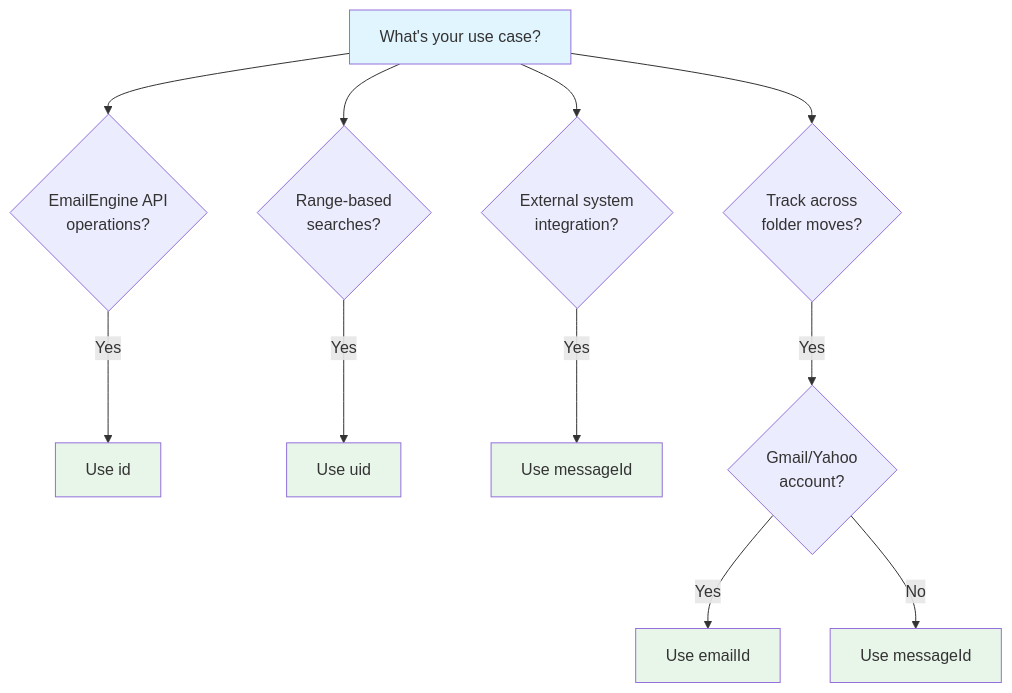
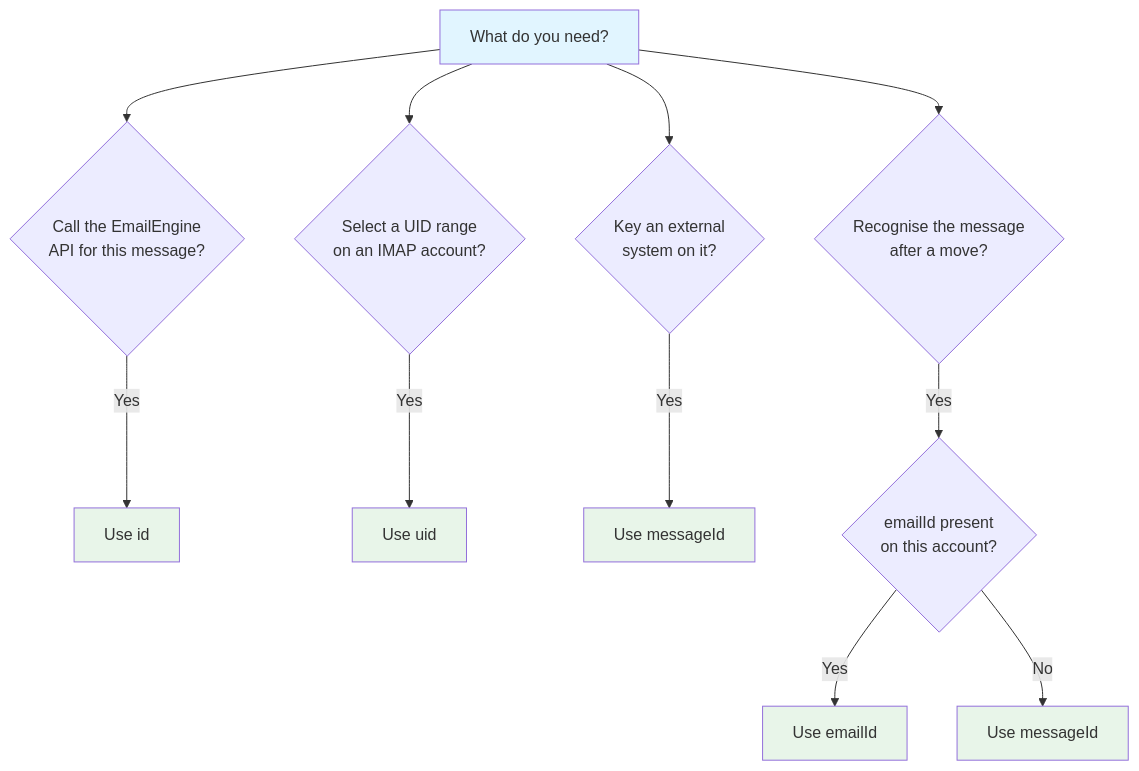
One commit to postalsys/learn.emailengine.app changed the diagram in docs/advanced/ids-explained.md. Above: the diagram before and after it, drawn with Mermaid. The commit also changed other lines of this file and 38 other files, not shown here.

First line of the commit message:
docs: correct the message, sending and operations references

````diff
--- a/docs/advanced/ids-explained.md
+++ b/docs/advanced/ids-explained.md
@@ -404,23 +263,23 @@
 ```mermaid
 graph TD
-    Start[What's your use case?]
-    Start --> API{EmailEngine API<br/>operations?}
-    Start --> Range{Range-based<br/>searches?}
-    Start --> Track{Track across<br/>folder moves?}
-    Start --> External{External system<br/>integration?}
+    Start[What do you need?]
+    Start --> API{Call the EmailEngine<br/>API for this message?}
+    Start --> Range{Select a UID range<br/>on an IMAP account?}
+    Start --> Track{Recognise the message<br/>after a move?}
+    Start --> External{Key an external<br/>system on it?}
 
     API -->|Yes| UseId[Use id]
     Range -->|Yes| UseUid[Use uid]
     External -->|Yes| UseMessageId1[Use messageId]
 
-    Track -->|Yes| Provider{Gmail/Yahoo<br/>account?}
+    Track -->|Yes| Provider{emailId present<br/>on this account?}
     Provider -->|Yes| UseEmailId[Use emailId]
     Provider -->|No| UseMessageId2[Use messageId]
 
     style Start fill:#e1f5ff
     style UseId fill:#e8f5e9
     style UseUid fill:#e8f5e9
     style UseEmailId fill:#e8f5e9
     style UseMessageId1 fill:#e8f5e9
     style UseMessageId2 fill:#e8f5e9
 ```
````
